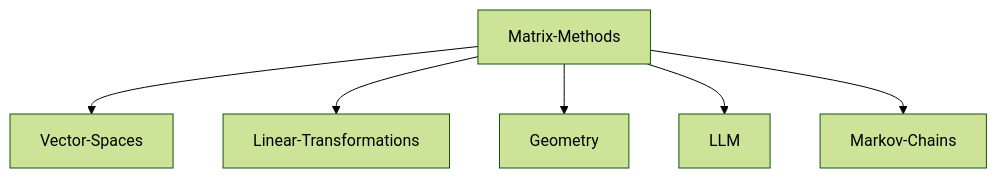
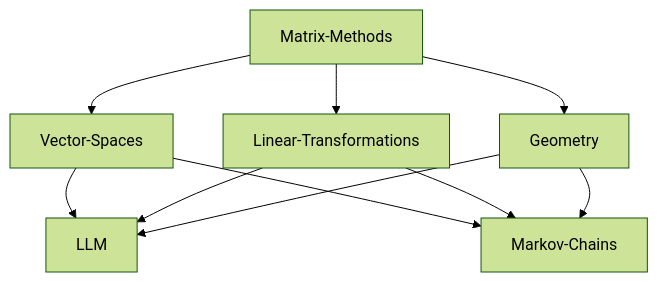
The diagram in README.md (mooculus/la-carte), drawn with Mermaid (forest theme) before and after one commit.

````diff
--- a/README.md
+++ b/README.md
@@ -6,8 +6,12 @@
 ```mermaid
   graph TD;
       Matrix-Methods --> Vector-Spaces;
       Matrix-Methods --> Linear-Transformations;
 	  Matrix-Methods --> Geometry;
-	  Matrix-Methods --> LLM;
-	  Matrix-Methods --> Markov-Chains;
+	  Vector-Spaces --> LLM;
+	  Linear-Transformations --> LLM;
+	  Geometry --> LLM;
+	  Vector-Spaces --> Markov-Chains;
+	  Linear-Transformations --> Markov-Chains;
+	  Geometry --> Markov-Chains;
 ```
````
